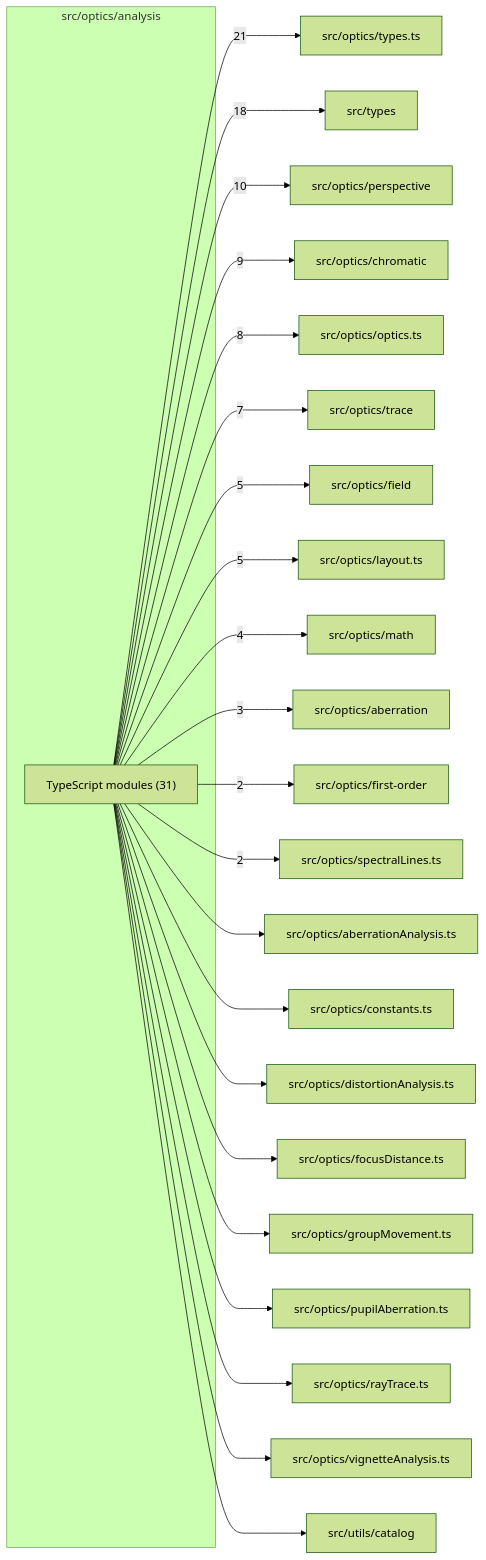
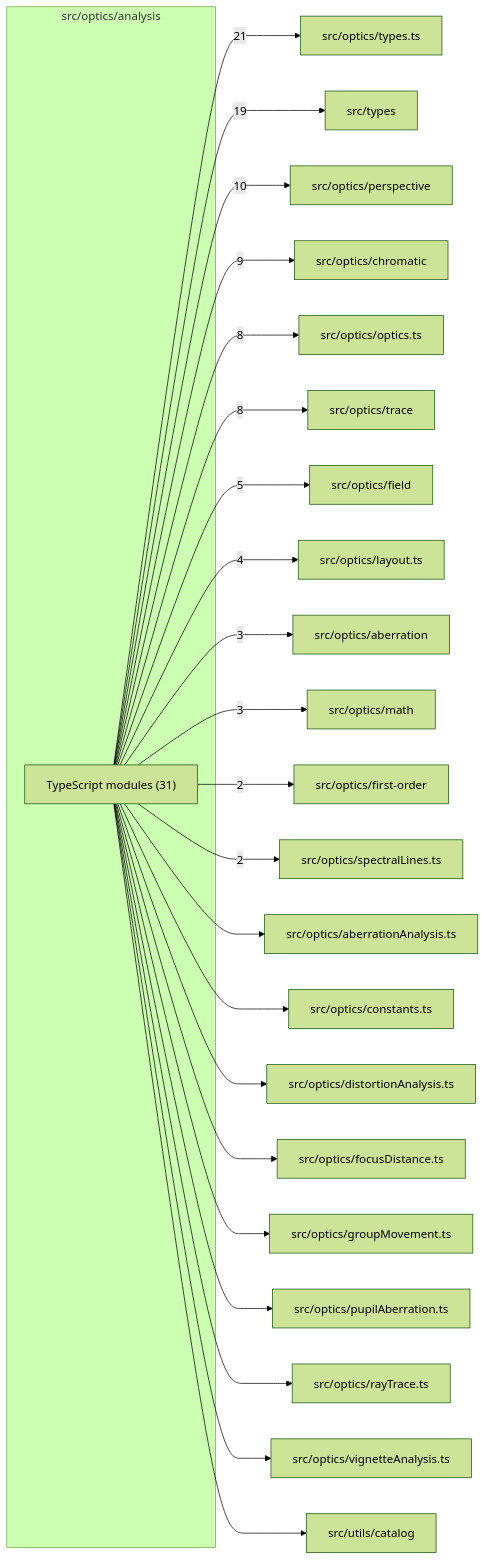
One commit to BeamFour/LensVisualizer changed the diagram in src/optics/analysis/readme.md. Above: the diagram before and after it, drawn with Mermaid (forest theme). The commit also changed other lines of this file and 562 other files, not shown here.

````diff
--- a/src/optics/analysis/readme.md
+++ b/src/optics/analysis/readme.md
@@ -9,48 +9,48 @@
 ```mermaid
 flowchart LR
   subgraph n_src_optics_analysis["src/optics/analysis"]
     n_src_optics_analysis_TypeScript_modules["TypeScript modules (31)"]
   end
   n_external_src_optics_types_ts["src/optics/types.ts"]
   n_external_src_types["src/types"]
   n_external_src_optics_perspective["src/optics/perspective"]
   n_external_src_optics_chromatic["src/optics/chromatic"]
   n_external_src_optics_optics_ts["src/optics/optics.ts"]
   n_external_src_optics_trace["src/optics/trace"]
   n_external_src_optics_field["src/optics/field"]
   n_external_src_optics_layout_ts["src/optics/layout.ts"]
+  n_external_src_optics_aberration["src/optics/aberration"]
   n_external_src_optics_math["src/optics/math"]
-  n_external_src_optics_aberration["src/optics/aberration"]
   n_external_src_optics_first_order["src/optics/first-order"]
   n_external_src_optics_spectralLines_ts["src/optics/spectralLines.ts"]
   n_external_src_optics_aberrationAnalysis_ts["src/optics/aberrationAnalysis.ts"]
   n_external_src_optics_constants_ts["src/optics/constants.ts"]
   n_external_src_optics_distortionAnalysis_ts["src/optics/distortionAnalysis.ts"]
   n_external_src_optics_focusDistance_ts["src/optics/focusDistance.ts"]
   n_external_src_optics_groupMovement_ts["src/optics/groupMovement.ts"]
   n_external_src_optics_pupilAberration_ts["src/optics/pupilAberration.ts"]
   n_external_src_optics_rayTrace_ts["src/optics/rayTrace.ts"]
   n_external_src_optics_vignetteAnalysis_ts["src/optics/vignetteAnalysis.ts"]
   n_external_src_utils_catalog["src/utils/catalog"]
   n_src_optics_analysis_TypeScript_modules --> |21| n_external_src_optics_types_ts
-  n_src_optics_analysis_TypeScript_modules --> |18| n_external_src_types
+  n_src_optics_analysis_TypeScript_modules --> |19| n_external_src_types
   n_src_optics_analysis_TypeScript_modules --> |10| n_external_src_optics_perspective
   n_src_optics_analysis_TypeScript_modules --> |9| n_external_src_optics_chromatic
   n_src_optics_analysis_TypeScript_modules --> |8| n_external_src_optics_optics_ts
-  n_src_optics_analysis_TypeScript_modules --> |7| n_external_src_optics_trace
+  n_src_optics_analysis_TypeScript_modules --> |8| n_external_src_optics_trace
   n_src_optics_analysis_TypeScript_modules --> |5| n_external_src_optics_field
-  n_src_optics_analysis_TypeScript_modules --> |5| n_external_src_optics_layout_ts
-  n_src_optics_analysis_TypeScript_modules --> |4| n_external_src_optics_math
+  n_src_optics_analysis_TypeScript_modules --> |4| n_external_src_optics_layout_ts
   n_src_optics_analysis_TypeScript_modules --> |3| n_external_src_optics_aberration
+  n_src_optics_analysis_TypeScript_modules --> |3| n_external_src_optics_math
   n_src_optics_analysis_TypeScript_modules --> |2| n_external_src_optics_first_order
   n_src_optics_analysis_TypeScript_modules --> |2| n_external_src_optics_spectralLines_ts
   n_src_optics_analysis_TypeScript_modules --> n_external_src_optics_aberrationAnalysis_ts
   n_src_optics_analysis_TypeScript_modules --> n_external_src_optics_constants_ts
   n_src_optics_analysis_TypeScript_modules --> n_external_src_optics_distortionAnalysis_ts
   n_src_optics_analysis_TypeScript_modules --> n_external_src_optics_focusDistance_ts
   n_src_optics_analysis_TypeScript_modules --> n_external_src_optics_groupMovement_ts
   n_src_optics_analysis_TypeScript_modules --> n_external_src_optics_pupilAberration_ts
   n_src_optics_analysis_TypeScript_modules --> n_external_src_optics_rayTrace_ts
   n_src_optics_analysis_TypeScript_modules --> n_external_src_optics_vignetteAnalysis_ts
   n_src_optics_analysis_TypeScript_modules --> n_external_src_utils_catalog
 ```
````
